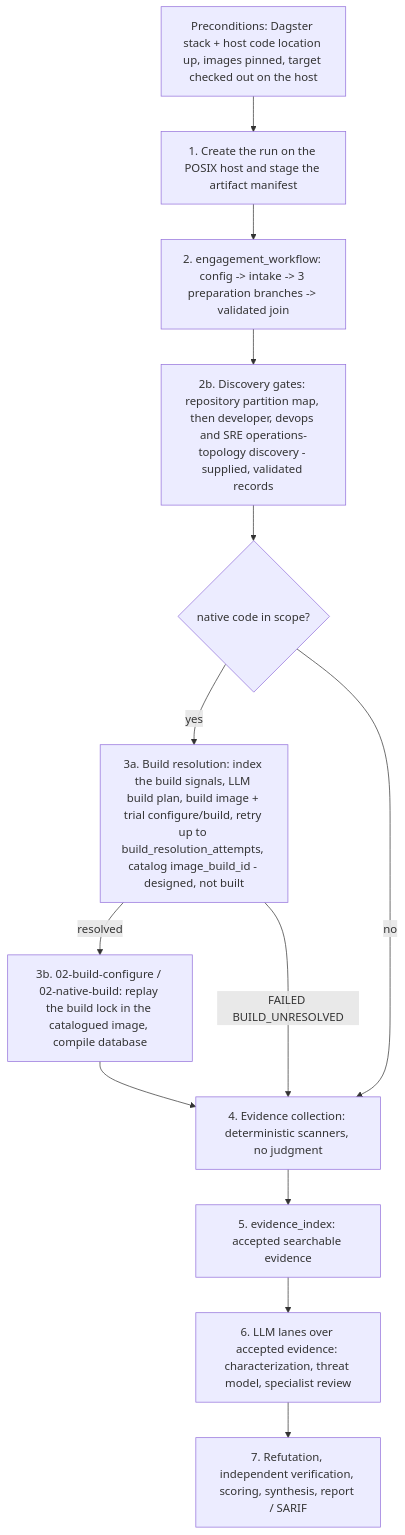
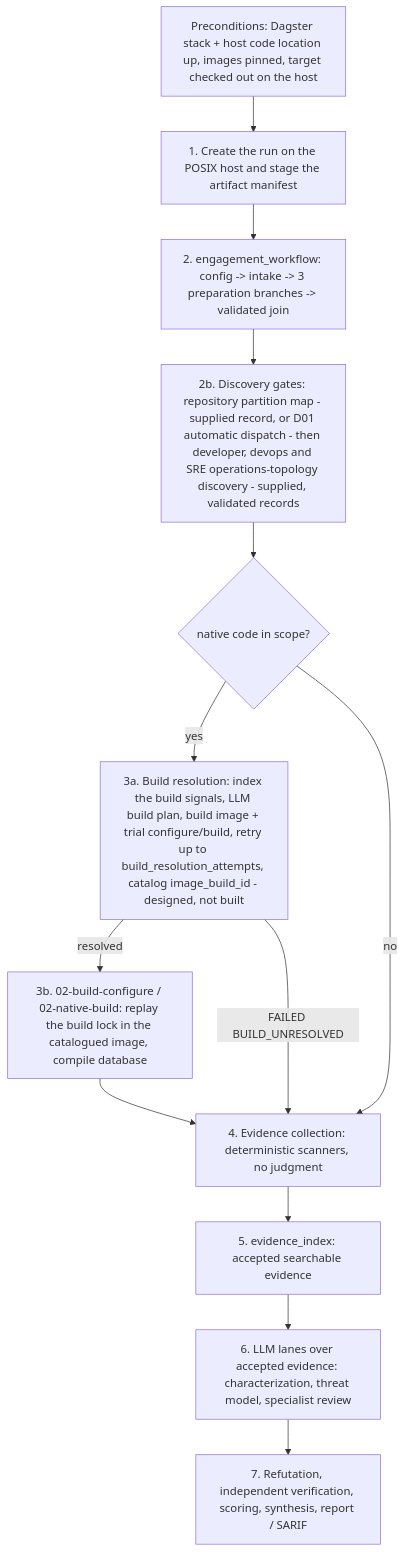
Before and after one commit to wsollers/appsec-review: the diagram in docs/processes/engagement-start.md, drawn with Mermaid. The commit also changed other lines of this file and 5 other files, not shown here.

````diff
--- a/docs/processes/engagement-start.md
+++ b/docs/processes/engagement-start.md
@@ -16,15 +16,15 @@
 ```mermaid
 flowchart TD
   P0[Preconditions: Dagster stack + host code location up, images pinned, target checked out on the host] --> S1
   S1[1. Create the run on the POSIX host and stage the artifact manifest] --> S2
   S2[2. engagement_workflow: config -> intake -> 3 preparation branches -> validated join] --> S2b
-  S2b[2b. Discovery gates: repository partition map, then developer, devops and SRE operations-topology discovery - supplied, validated records] --> G1{native code in scope?}
+  S2b[2b. Discovery gates: repository partition map - supplied record, or D01 automatic dispatch - then developer, devops and SRE operations-topology discovery - supplied, validated records] --> G1{native code in scope?}
   G1 -- yes --> S3a[3a. Build resolution: index the build signals, LLM build plan, build image + trial configure/build, retry up to build_resolution_attempts, catalog image_build_id - designed, not built]
   S3a -- resolved --> S3[3b. 02-build-configure / 02-native-build: replay the build lock in the catalogued image, compile database]
   S3a -- FAILED BUILD_UNRESOLVED --> S4
   G1 -- no --> S4
   S3 --> S4[4. Evidence collection: deterministic scanners, no judgment]
   S4 --> S5[5. evidence_index: accepted searchable evidence]
   S5 --> S6[6. LLM lanes over accepted evidence: characterization, threat model, specialist review]
   S6 --> S7[7. Refutation, independent verification, scoring, synthesis, report / SARIF]
 ```
````
